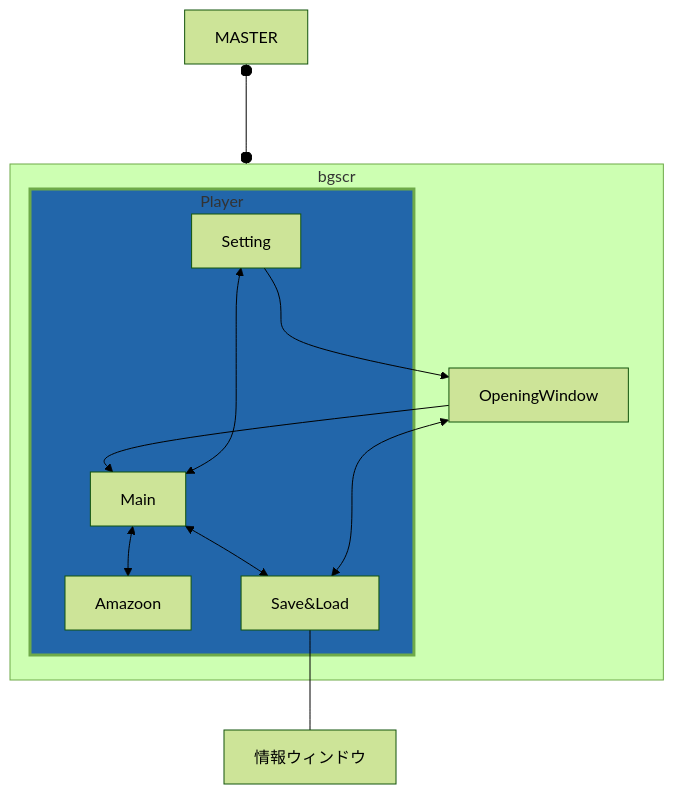
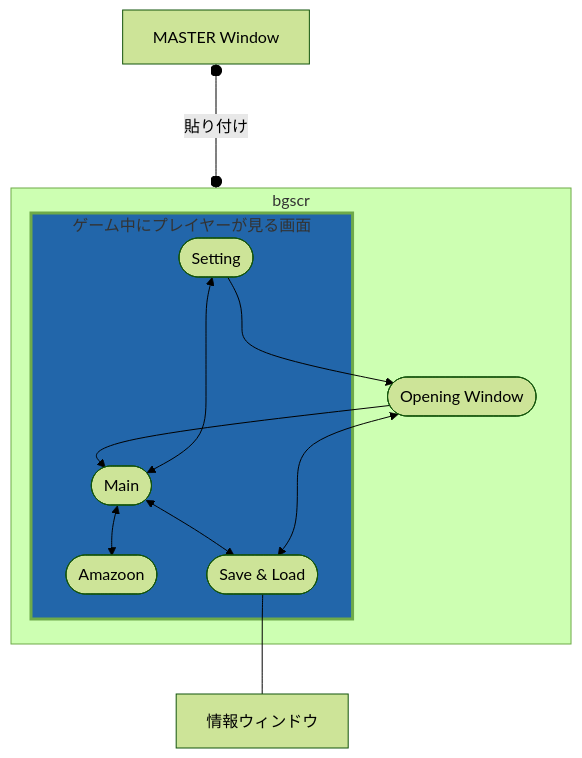
One commit to YUZRANIUM/PC_CareingDiary changed the diagram in README.md. Above: the diagram before and after it, drawn with Mermaid (forest theme). The commit also changed other lines of this file and 1 other file, not shown here.

Commit message:
情報の更新

````diff
--- a/README.md
+++ b/README.md
@@ -15,16 +15,22 @@
 ```mermaid
-flowchart TB;
-MASTER o---o bgscr;
+
+flowchart TB
+
+MASTER[MASTER Window] o---o | 貼り付け | bgscr
+
 subgraph bgscr
-	Setting ---> OpeningWindow;
+	se([Setting]) ---> op([Opening Window])
 
-	subgraph id1 [Player]
-		Main <--> Setting & Amazoon & Save&Load;
+	subgraph id1 [ゲーム中にプレイヤーが見る画面]
+		ma([Main]) <--> se([Setting]) & am([Amazoon]) & sa([Save & Load])
 	end
 
-	OpeningWindow <--> Save&Load;
-	OpeningWindow --> Main;
+	op([Opening Window]) <--> sa([Save & Load])
+	op([Opening Window]) --> ma([Main])
 end
-Save&Load---情報ウィンドウ;
+
+sa([Save & Load])---情報ウィンドウ
+
 style id1 fill:#26a, strole:#aaa, stroke-width:3px
+
 ```
````
